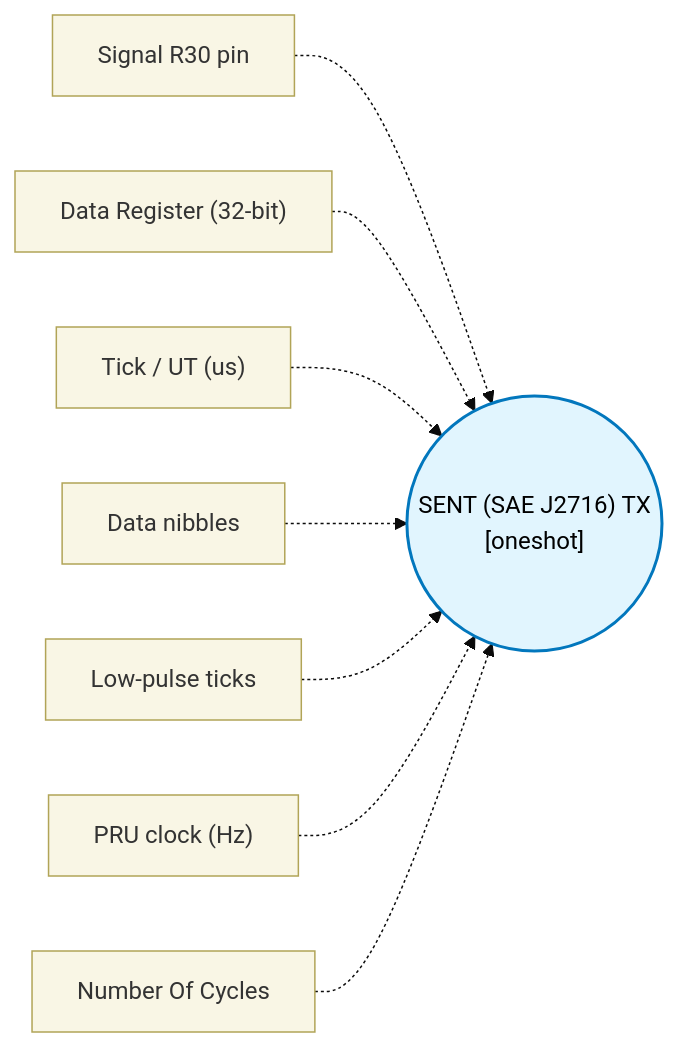
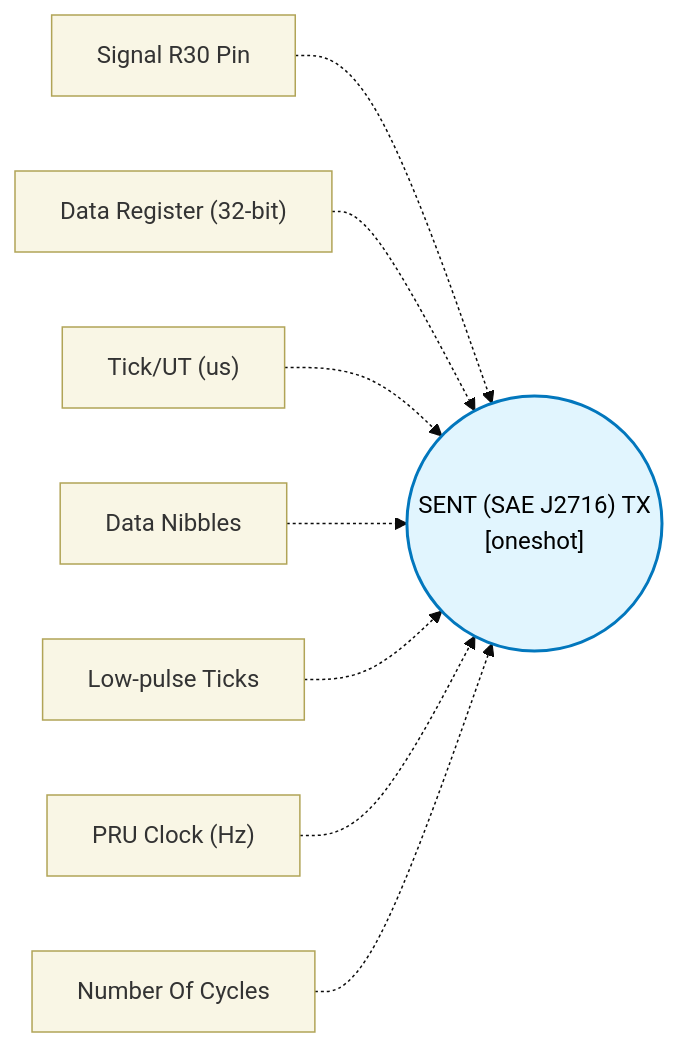
Before and after one commit to TexasInstruments/pru-no-code-tool: the diagram in docs/block-reference/blocks/sent_block/design.md, drawn with Mermaid (base theme). The commit also changed other lines of this file and 89 other files, not shown here.

````diff
--- a/docs/block-reference/blocks/sent_block/design.md
+++ b/docs/block-reference/blocks/sent_block/design.md
@@ -11,13 +11,13 @@
 ```mermaid
 flowchart LR
   classDef config fill:#f9f6e5,stroke:#b1a457,stroke-width:1px,color:#333;
   classDef core fill:#e1f5fe,stroke:#0277bd,stroke-width:2px,color:#000;
   CORE(("SENT (SAE J2716) TX\n[oneshot]")):::core
-  CFG0["Signal R30 pin"]:::config -.-> CORE
+  CFG0["Signal R30 Pin"]:::config -.-> CORE
   CFG1["Data Register (32-bit)"]:::config -.-> CORE
-  CFG2["Tick / UT (us)"]:::config -.-> CORE
-  CFG3["Data nibbles"]:::config -.-> CORE
-  CFG4["Low-pulse ticks"]:::config -.-> CORE
-  CFG5["PRU clock (Hz)"]:::config -.-> CORE
+  CFG2["Tick/UT (us)"]:::config -.-> CORE
+  CFG3["Data Nibbles"]:::config -.-> CORE
+  CFG4["Low-pulse Ticks"]:::config -.-> CORE
+  CFG5["PRU Clock (Hz)"]:::config -.-> CORE
   CFG6["Number Of Cycles"]:::config -.-> CORE
 ```
````
